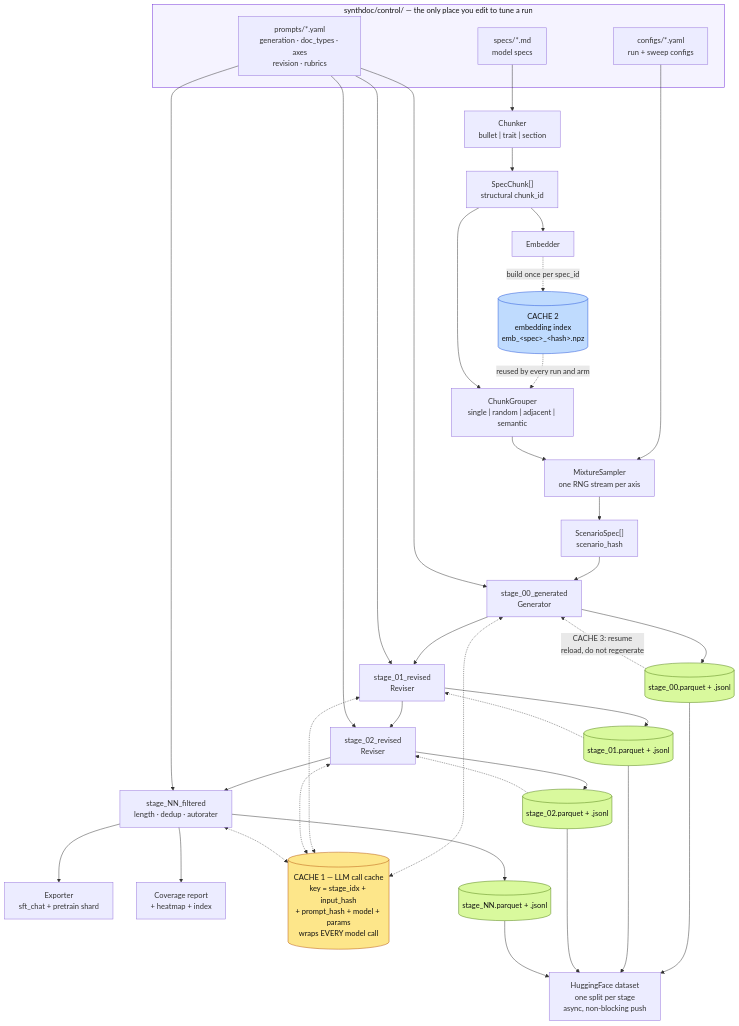
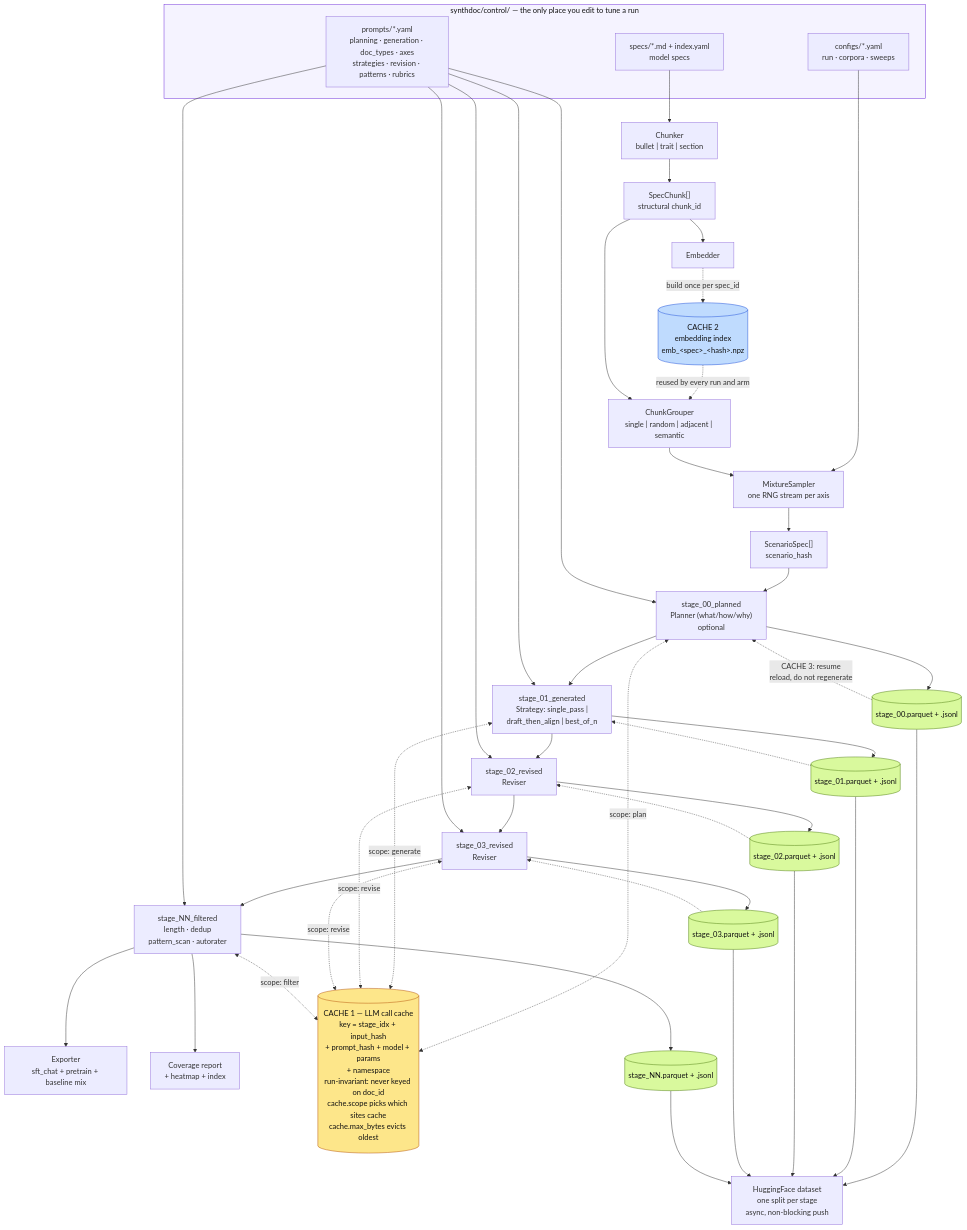
One commit to Matthew-Bozoukov/Lessons_from_constituitional_AFT changed the diagram in synthdoc/README.md. Above: the diagram before and after it, drawn with Mermaid. The commit also changed other lines of this file and 35 other files, not shown here.

Commit message:
add planning;fix caching; prompts;

````diff
--- a/synthdoc/README.md
+++ b/synthdoc/README.md
@@ -87,60 +87,67 @@
 ```mermaid
 flowchart TB
     subgraph CONTROL["synthdoc/control/ — the only place you edit to tune a run"]
-        CFG["configs/*.yaml<br/>run + sweep configs"]
-        PR["prompts/*.yaml<br/>generation · doc_types · axes<br/>revision · rubrics"]
-        SP["specs/*.md<br/>model specs"]
+        CFG["configs/*.yaml<br/>run · corpora · sweeps"]
+        PR["prompts/*.yaml<br/>planning · generation · doc_types · axes<br/>strategies · revision · patterns · rubrics"]
+        SP["specs/*.md + index.yaml<br/>model specs"]
     end
 
     SP --> CH["Chunker<br/>bullet | trait | section"]
     CH --> CHUNKS["SpecChunk[]<br/>structural chunk_id"]
 
     CHUNKS --> EMB["Embedder"]
     EMB -.->|"build once per spec_id"| C2[("CACHE 2<br/>embedding index<br/>emb_&lt;spec&gt;_&lt;hash&gt;.npz")]
     C2 -.->|reused by every run and arm| GRP
 
     CHUNKS --> GRP["ChunkGrouper<br/>single | random | adjacent | semantic"]
     CFG --> SAM["MixtureSampler<br/>one RNG stream per axis"]
     GRP --> SAM
     SAM --> SC["ScenarioSpec[]<br/>scenario_hash"]
 
-    SC --> S0["stage_00_generated<br/>Generator"]
-    S0 --> S1["stage_01_revised<br/>Reviser"]
-    S1 --> S2["stage_02_revised<br/>Reviser"]
-    S2 --> SF["stage_NN_filtered<br/>length · dedup · autorater"]
-    SF --> EXP["Exporter<br/>sft_chat + pretrain shard"]
+    SC --> SP0["stage_00_planned<br/>Planner (what/how/why)<br/>optional"]
+    SP0 --> S0["stage_01_generated<br/>Strategy: single_pass |<br/>draft_then_align | best_of_n"]
+    S0 --> S1["stage_02_revised<br/>Reviser"]
+    S1 --> S2["stage_03_revised<br/>Reviser"]
+    S2 --> SF["stage_NN_filtered<br/>length · dedup<br/>pattern_scan · autorater"]
+    SF --> EXP["Exporter<br/>sft_chat + pretrain + baseline mix"]
     SF --> REP["Coverage report<br/>+ heatmap + index"]
 
+    PR --> SP0
     PR --> S0
     PR --> S1
     PR --> S2
     PR --> SF
 
-    S0 <-.-> C1
-    S1 <-.-> C1
-    S2 <-.-> C1
-    SF <-.-> C1
-    C1[("CACHE 1 — LLM call cache<br/>key = stage_idx + input_hash<br/>+ prompt_hash + model + params<br/>wraps EVERY model call")]
+    SP0 <-.->|scope: plan| C1
+    S0 <-.->|scope: generate| C1
+    S1 <-.->|scope: revise| C1
+    S2 <-.->|scope: revise| C1
+    SF <-.->|scope: filter| C1
+    C1[("CACHE 1 — LLM call cache<br/>key = stage_idx + input_hash<br/>+ prompt_hash + model + params<br/>+ namespace<br/>run-invariant: never keyed on doc_id<br/>cache.scope picks which sites cache<br/>cache.max_bytes evicts oldest")]
 
-    S0 --> SNAP0[("stage_00.parquet + .jsonl")]
-    S1 --> SNAP1[("stage_01.parquet + .jsonl")]
-    S2 --> SNAP2[("stage_02.parquet + .jsonl")]
+    SP0 --> SNAPP[("stage_00.parquet + .jsonl")]
+    S0 --> SNAP0[("stage_01.parquet + .jsonl")]
+    S1 --> SNAP1[("stage_02.parquet + .jsonl")]
+    S2 --> SNAP2[("stage_03.parquet + .jsonl")]
     SF --> SNAPF[("stage_NN.parquet + .jsonl")]
 
-    SNAP0 -.->|"CACHE 3: resume<br/>reload, do not regenerate"| S0
+    SNAPP -.->|"CACHE 3: resume<br/>reload, do not regenerate"| SP0
+    SNAP0 -.-> S0
     SNAP1 -.-> S1
     SNAP2 -.-> S2
 
-    SNAP0 --> HF["HuggingFace dataset<br/>one split per stage<br/>async, non-blocking push"]
+    SNAPP --> HF["HuggingFace dataset<br/>one split per stage<br/>async, non-blocking push"]
+    SNAP0 --> HF
     SNAP1 --> HF
     SNAP2 --> HF
     SNAPF --> HF
 
     style C1 fill:#fde68a,stroke:#b45309,color:#111
     style C2 fill:#bfdbfe,stroke:#1d4ed8,color:#111
+    style SNAPP fill:#d9f99d,stroke:#4d7c0f,color:#111
     style SNAP0 fill:#d9f99d,stroke:#4d7c0f,color:#111
     style SNAP1 fill:#d9f99d,stroke:#4d7c0f,color:#111
     style SNAP2 fill:#d9f99d,stroke:#4d7c0f,color:#111
     style SNAPF fill:#d9f99d,stroke:#4d7c0f,color:#111
     style CONTROL fill:#f5f3ff,stroke:#6d28d9,color:#111
 ```
````
